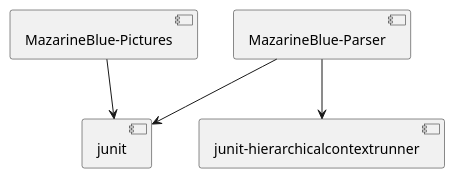
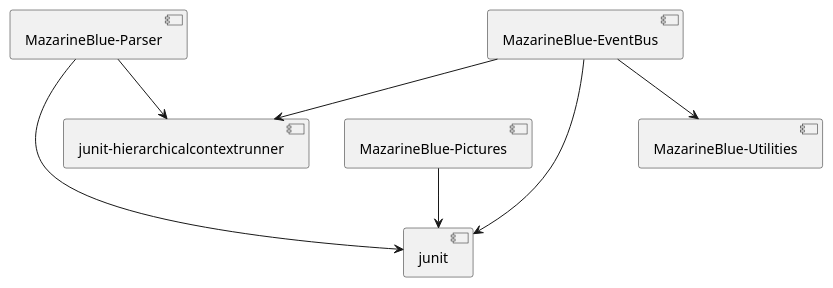
One commit to bennypoon/MazarineBlue changed the diagram in src/main/resources/Component Diagram - Overview.puml. Above: the diagram before and after it, drawn with PlantUML. The commit also changed 42 other files, not shown here.

Commit message:
Release MazarineBlue-EventBus

```diff
--- a/src/main/resources/Component Diagram - Overview.puml
+++ b/src/main/resources/Component Diagram - Overview.puml
@@ -1,5 +1,8 @@
 @startuml
 [MazarineBlue-Parser] --> [junit]
 [MazarineBlue-Parser] --> [junit-hierarchicalcontextrunner]
 [MazarineBlue-Pictures] --> [junit]
+[MazarineBlue-EventBus] ---> [junit]
+[MazarineBlue-EventBus] --> [junit-hierarchicalcontextrunner]
+[MazarineBlue-EventBus] --> [MazarineBlue-Utilities]
 @enduml
```
